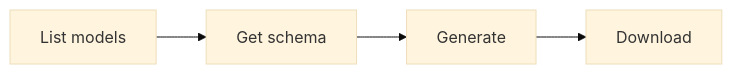
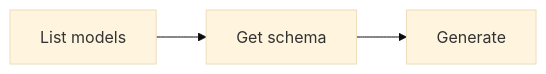
The diagram in skills/anycap-cli/references/generation.md (anycap-ai/anycap), drawn with Mermaid (base theme) before and after one commit. The commit also changed other lines of this file and 13 other files, not shown here.

````diff
--- a/skills/anycap-cli/references/generation.md
+++ b/skills/anycap-cli/references/generation.md
@@ -7,6 +7,5 @@
 ```mermaid
 graph LR
     A[List models] --> B[Get schema]
     B --> C[Generate]
-    C --> D[Download]
 ```
````
